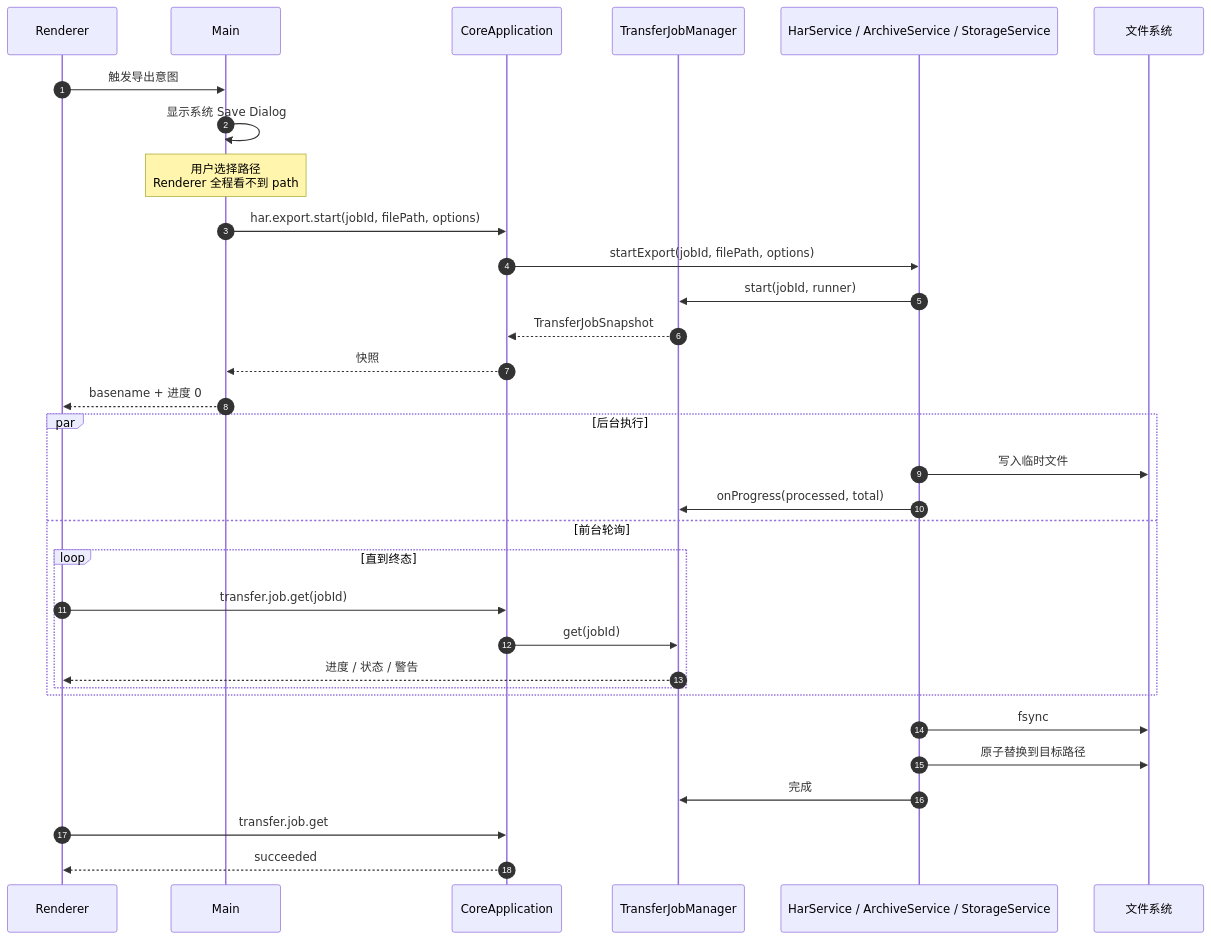
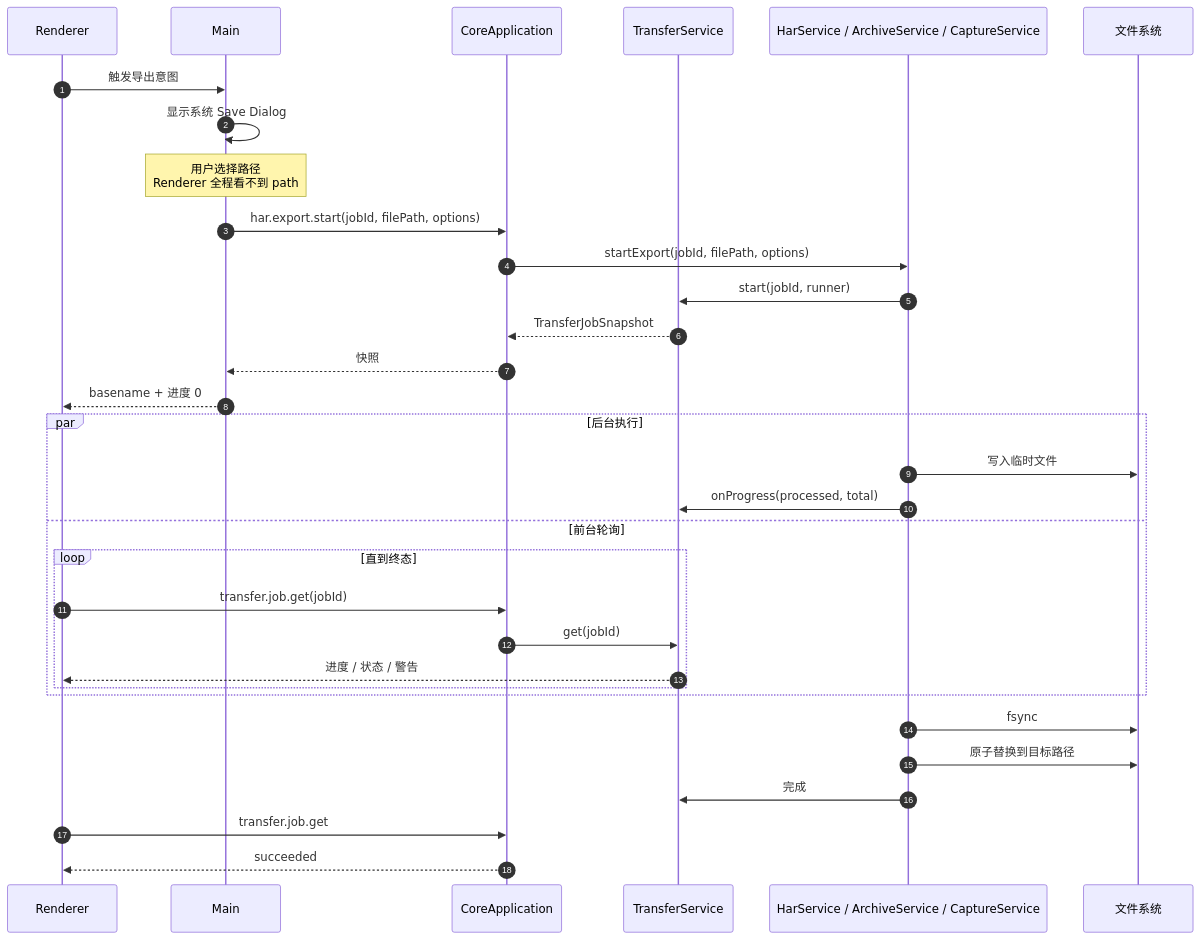
The first of 4 diagrams in architecture/feature-transfer.md (zhxmt-xm/Interceptor), drawn with Mermaid before and after one commit. The commit also changed other lines of this file and 237 other files, not shown here.

````diff
--- a/architecture/feature-transfer.md
+++ b/architecture/feature-transfer.md
@@ -35,37 +35,37 @@
 ```mermaid
 sequenceDiagram
     autonumber
     participant UI as Renderer
     participant Main
     participant App as CoreApplication
-    participant Jobs as TransferJobManager
-    participant Svc as HarService / ArchiveService / StorageService
+    participant Jobs as TransferService
+    participant Svc as HarService / ArchiveService / CaptureService
     participant FS as 文件系统
 
     UI->>Main: 触发导出意图
     Main->>Main: 显示系统 Save Dialog
     Note over Main: 用户选择路径<br/>Renderer 全程看不到 path
     Main->>App: har.export.start(jobId, filePath, options)
     App->>Svc: startExport(jobId, filePath, options)
     Svc->>Jobs: start(jobId, runner)
     Jobs-->>App: TransferJobSnapshot
     App-->>Main: 快照
     Main-->>UI: basename + 进度 0
 
     par 后台执行
         Svc->>FS: 写入临时文件
         Svc->>Jobs: onProgress(processed, total)
     and 前台轮询
         loop 直到终态
             UI->>App: transfer.job.get(jobId)
             App->>Jobs: get(jobId)
             Jobs-->>UI: 进度 / 状态 / 警告
         end
     end
 
     Svc->>FS: fsync
     Svc->>FS: 原子替换到目标路径
     Svc->>Jobs: 完成
     UI->>App: transfer.job.get
     App-->>UI: succeeded
 ```
````
